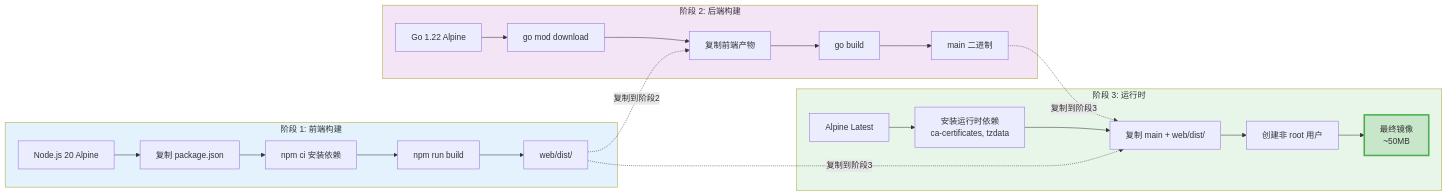
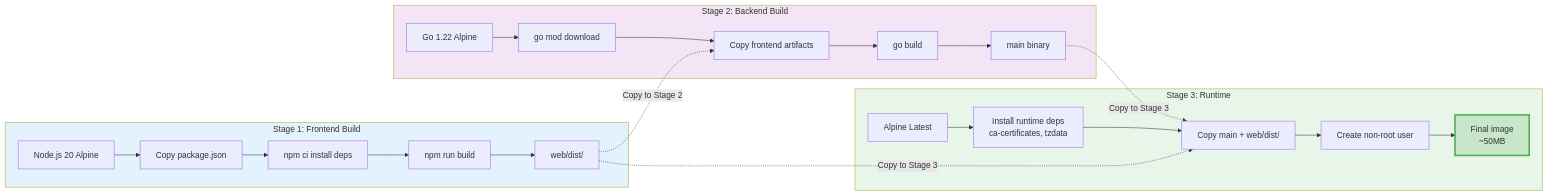
One commit to NEDONION/ads-creative-gen-platform changed the seventh of 7 diagrams in README.md. Above: the diagram before and after it, drawn with Mermaid. The commit also changed other lines of this file and 1 other file, not shown here.

````diff
--- a/README.md
+++ b/README.md
@@ -920,41 +922,41 @@
 ```mermaid
 graph LR
-    subgraph Stage1["阶段 1: 前端构建"]
+    subgraph Stage1["Stage 1: Frontend Build"]
         S1_Base["Node.js 20 Alpine"]
-        S1_Copy["复制 package.json"]
-        S1_Install["npm ci 安装依赖"]
+        S1_Copy["Copy package.json"]
+        S1_Install["npm ci install deps"]
         S1_Build["npm run build"]
         S1_Output["web/dist/"]
 
         S1_Base --> S1_Copy --> S1_Install --> S1_Build --> S1_Output
     end
 
-    subgraph Stage2["阶段 2: 后端构建"]
+    subgraph Stage2["Stage 2: Backend Build"]
         S2_Base["Go 1.22 Alpine"]
         S2_Deps["go mod download"]
-        S2_CopyFront["复制前端产物"]
+        S2_CopyFront["Copy frontend artifacts"]
         S2_Build["go build"]
-        S2_Output["main 二进制"]
+        S2_Output["main binary"]
 
         S2_Base --> S2_Deps --> S2_CopyFront --> S2_Build --> S2_Output
     end
 
-    subgraph Stage3["阶段 3: 运行时"]
+    subgraph Stage3["Stage 3: Runtime"]
         S3_Base["Alpine Latest"]
-        S3_Runtime["安装运行时依赖<br/>ca-certificates, tzdata"]
-        S3_Copy["复制 main + web/dist/"]
-        S3_User["创建非 root 用户"]
-        S3_Final["最终镜像<br/>~50MB"]
+        S3_Runtime["Install runtime deps<br/>ca-certificates, tzdata"]
+        S3_Copy["Copy main + web/dist/"]
+        S3_User["Create non-root user"]
+        S3_Final["Final image<br/>~50MB"]
 
         S3_Base --> S3_Runtime --> S3_Copy --> S3_User --> S3_Final
     end
 
-    S1_Output -.->|复制到阶段2| S2_CopyFront
-    S1_Output -.->|复制到阶段3| S3_Copy
-    S2_Output -.->|复制到阶段3| S3_Copy
+    S1_Output -.->|Copy to Stage 2| S2_CopyFront
+    S1_Output -.->|Copy to Stage 3| S3_Copy
+    S2_Output -.->|Copy to Stage 3| S3_Copy
 
     style Stage1 fill:#e3f2fd
     style Stage2 fill:#f3e5f5
     style Stage3 fill:#e8f5e9
     style S3_Final fill:#c8e6c9,stroke:#4caf50,stroke-width:3px
 ```
````
